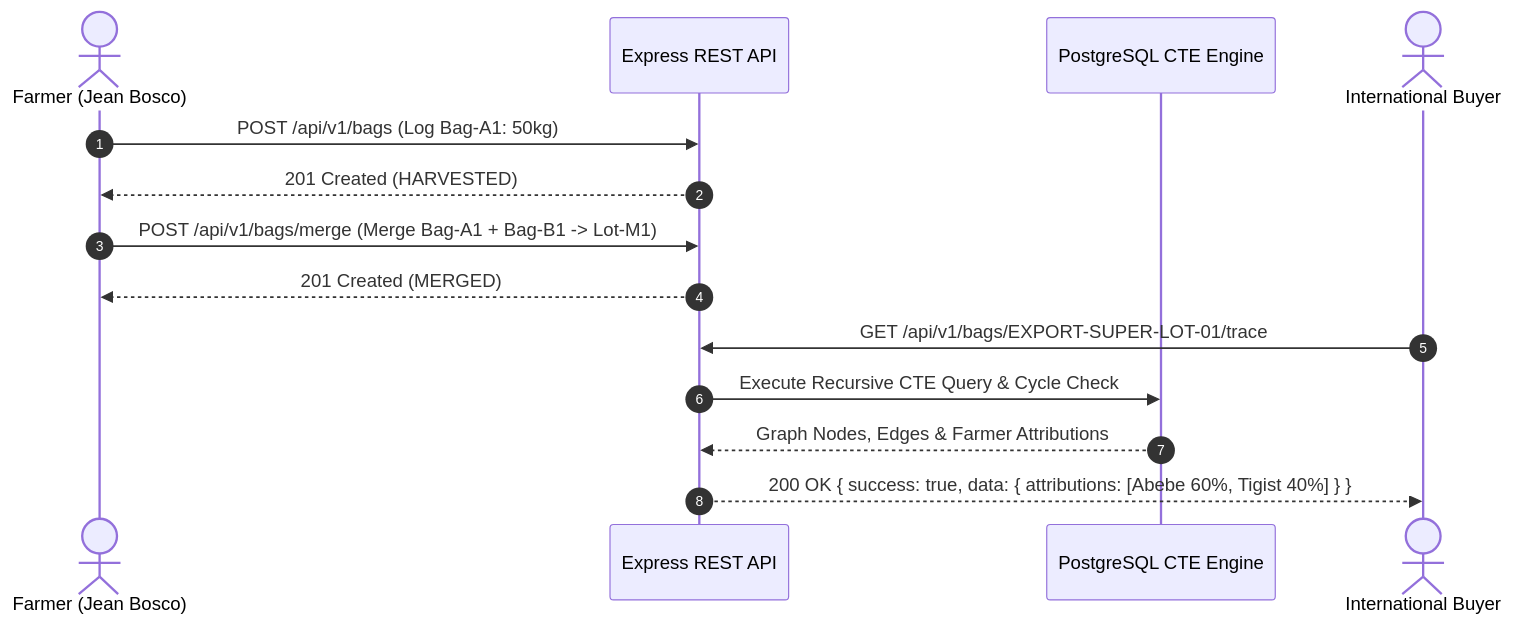
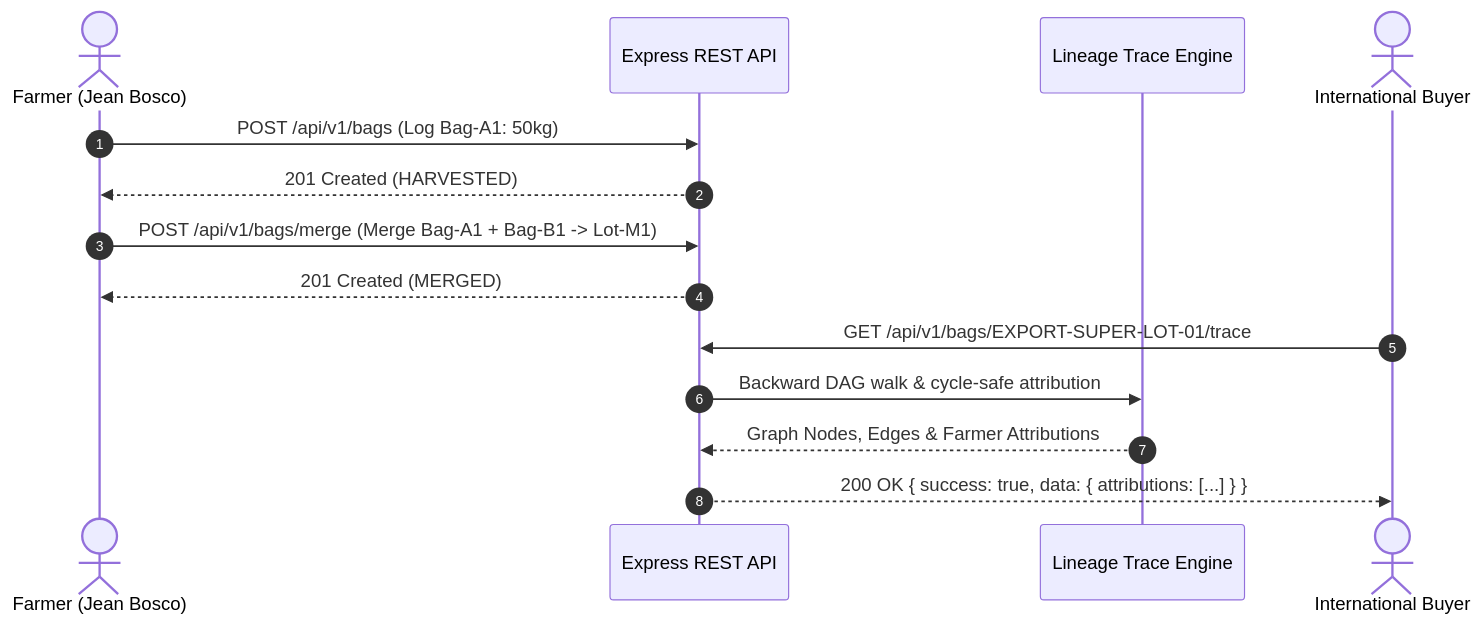
One commit to chrishema36/coffe-tracing-system changed the third of 3 diagrams in README.md. Above: the diagram before and after it, drawn with Mermaid. The commit also changed other lines of this file and 17 other files, not shown here.

Commit message:
fix: align cycle detection and UI copy with lineage engine

````diff
--- a/README.md
+++ b/README.md
@@ -107,17 +106,17 @@
 ```mermaid
 sequenceDiagram
     autonumber
     actor Farmer as Farmer (Jean Bosco)
     participant API as Express REST API
-    participant CTE as PostgreSQL CTE Engine
+    participant Trace as Lineage Trace Engine
     actor Buyer as International Buyer
 
     Farmer->>API: POST /api/v1/bags (Log Bag-A1: 50kg)
     API-->>Farmer: 201 Created (HARVESTED)
     Farmer->>API: POST /api/v1/bags/merge (Merge Bag-A1 + Bag-B1 -> Lot-M1)
     API-->>Farmer: 201 Created (MERGED)
     Buyer->>API: GET /api/v1/bags/EXPORT-SUPER-LOT-01/trace
-    API->>CTE: Execute Recursive CTE Query & Cycle Check
-    CTE-->>API: Graph Nodes, Edges & Farmer Attributions
-    API-->>Buyer: 200 OK { success: true, data: { attributions: [Abebe 60%, Tigist 40%] } }
+    API->>Trace: Backward DAG walk & cycle-safe attribution
+    Trace-->>API: Graph Nodes, Edges & Farmer Attributions
+    API-->>Buyer: 200 OK { success: true, data: { attributions: [...] } }
 ```
````
